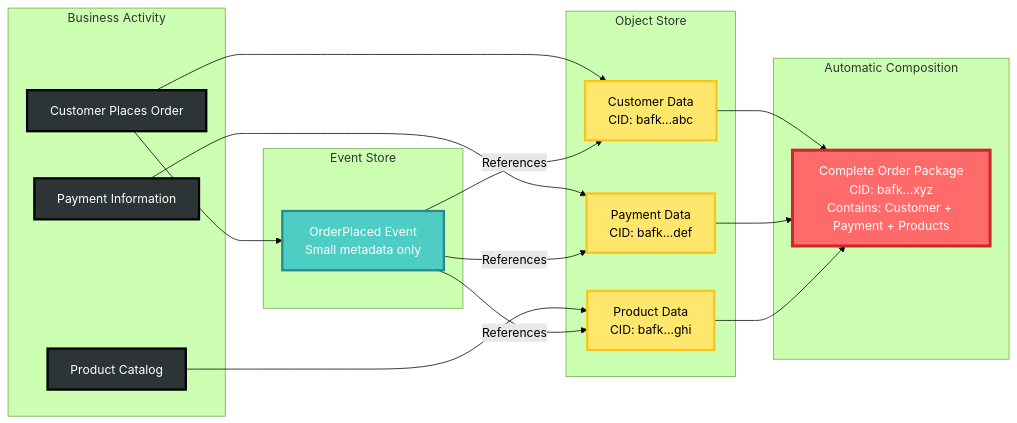
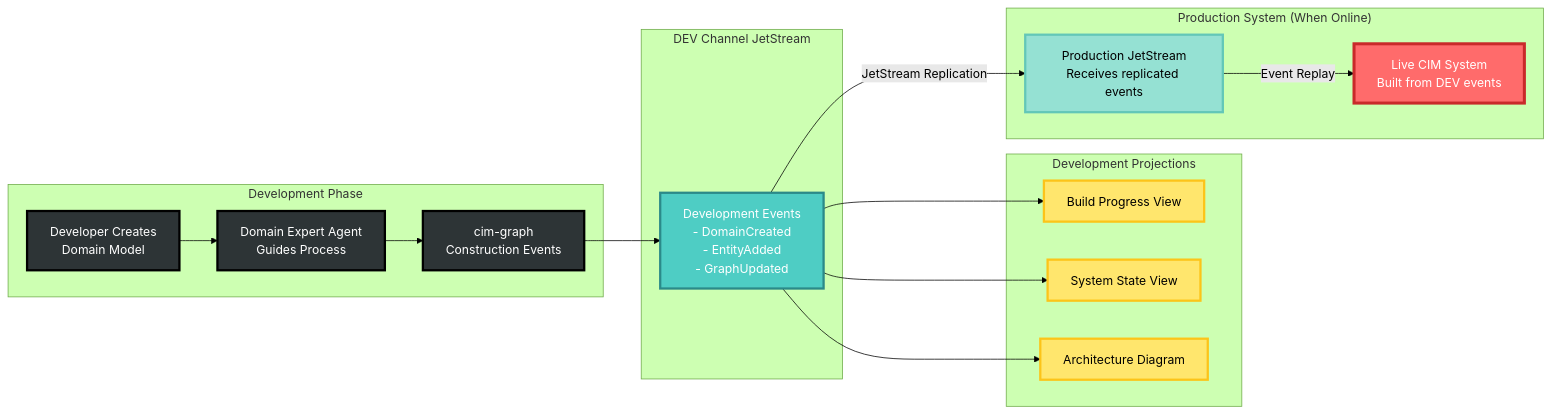
Before and after one commit to TheCowboyAI/cim-start: the second of 3 diagrams in readme.md, drawn with Mermaid (forest theme). The commit also changed other lines of this file and 1 other file, not shown here.

First line of the commit message:
Clarify CIM-Start as DEV channel for domain construction

````diff
--- a/readme.md
+++ b/readme.md
@@ -70,44 +84,44 @@
 ```mermaid
 graph LR
-    subgraph "Business Activity"
-        CustomerOrder[Customer Places Order]
-        PaymentInfo[Payment Information]
-        ProductCatalog[Product Catalog]
+    subgraph "Development Phase"
+        Developer[Developer Creates<br/>Domain Model]
+        DomainExpert[Domain Expert Agent<br/>Guides Process]
+        CimGraph[cim-graph<br/>Construction Events]
     end
     
-    subgraph "Event Store"
-        OrderEvent[OrderPlaced Event<br/>Small metadata only]
+    subgraph "DEV Channel JetStream"
+        DevEvents[Development Events<br/>- DomainCreated<br/>- EntityAdded<br/>- GraphUpdated]
     end
     
-    subgraph "Object Store" 
-        CustomerCID[Customer Data<br/>CID: bafk...abc]
-        PaymentCID[Payment Data<br/>CID: bafk...def]
-        ProductCID[Product Data<br/>CID: bafk...ghi]
+    subgraph "Development Projections" 
+        BuildProgress[Build Progress View]
+        SystemState[System State View]
+        ArchDiagram[Architecture Diagram]
     end
     
-    subgraph "Automatic Composition"
-        OrderPackageCID[Complete Order Package<br/>CID: bafk...xyz<br/>Contains: Customer + Payment + Products]
+    subgraph "Production System (When Online)"
+        ProdJetStream[Production JetStream<br/>Receives replicated events]
+        LiveSystem[Live CIM System<br/>Built from DEV events]
     end
     
-    CustomerOrder --> OrderEvent
-    CustomerOrder --> CustomerCID
-    PaymentInfo --> PaymentCID
-    ProductCatalog --> ProductCID
+    Developer --> DomainExpert
+    DomainExpert --> CimGraph
+    CimGraph --> DevEvents
     
-    OrderEvent -->|References| CustomerCID
-    OrderEvent -->|References| PaymentCID
-    OrderEvent -->|References| ProductCID
+    DevEvents --> BuildProgress
+    DevEvents --> SystemState
+    DevEvents --> ArchDiagram
     
-    CustomerCID --> OrderPackageCID
-    PaymentCID --> OrderPackageCID
-    ProductCID --> OrderPackageCID
+    DevEvents -->|JetStream Replication| ProdJetStream
+    ProdJetStream -->|Event Replay| LiveSystem
     
-    style CustomerOrder fill:#2D3436,stroke:#000,stroke-width:3px,color:#FFF
-    style PaymentInfo fill:#2D3436,stroke:#000,stroke-width:3px,color:#FFF
-    style ProductCatalog fill:#2D3436,stroke:#000,stroke-width:3px,color:#FFF
-    style OrderEvent fill:#4ECDC4,stroke:#2B8A89,stroke-width:3px,color:#FFF
-    style CustomerCID fill:#FFE66D,stroke:#FCC419,stroke-width:3px,color:#000
-    style PaymentCID fill:#FFE66D,stroke:#FCC419,stroke-width:3px,color:#000
-    style ProductCID fill:#FFE66D,stroke:#FCC419,stroke-width:3px,color:#000
-    style OrderPackageCID fill:#FF6B6B,stroke:#C92A2A,stroke-width:4px,color:#FFF
+    style Developer fill:#2D3436,stroke:#000,stroke-width:3px,color:#FFF
+    style DomainExpert fill:#2D3436,stroke:#000,stroke-width:3px,color:#FFF
+    style CimGraph fill:#2D3436,stroke:#000,stroke-width:3px,color:#FFF
+    style DevEvents fill:#4ECDC4,stroke:#2B8A89,stroke-width:3px,color:#FFF
+    style BuildProgress fill:#FFE66D,stroke:#FCC419,stroke-width:3px,color:#000
+    style SystemState fill:#FFE66D,stroke:#FCC419,stroke-width:3px,color:#000
+    style ArchDiagram fill:#FFE66D,stroke:#FCC419,stroke-width:3px,color:#000
+    style ProdJetStream fill:#95E1D3,stroke:#63C7B8,stroke-width:3px,color:#000
+    style LiveSystem fill:#FF6B6B,stroke:#C92A2A,stroke-width:4px,color:#FFF
 ```
````
